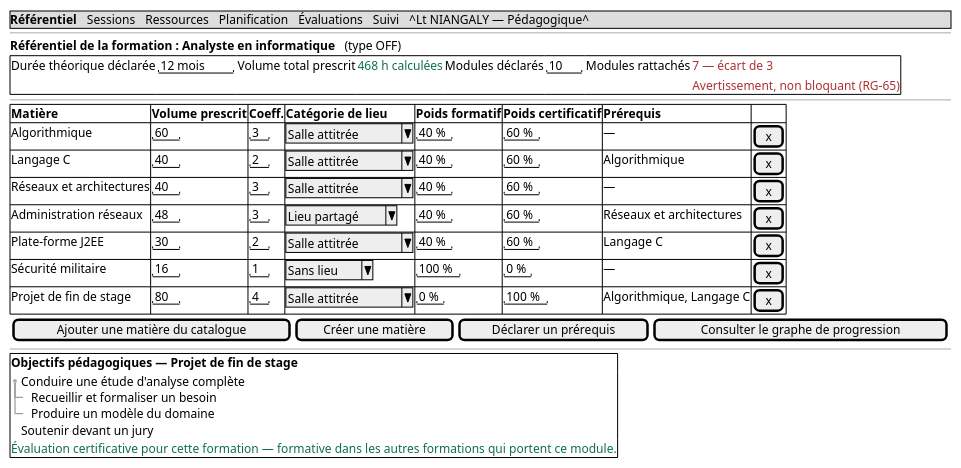
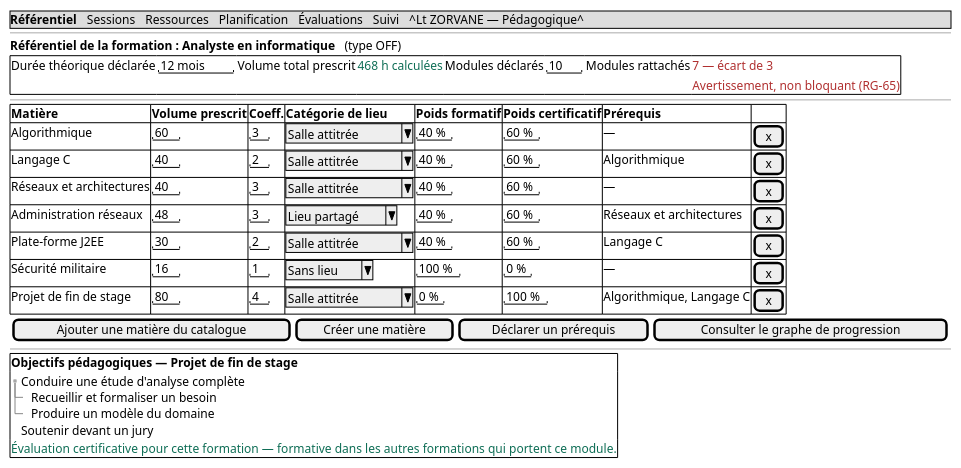
Before and after one commit to Cissemamoudou10/projet-cit: the second of 5 diagrams in docs/conception/16-maquettes.md, drawn with PlantUML. The commit also changed other lines of this file and 13 other files, not shown here.

````diff
--- a/docs/conception/16-maquettes.md
+++ b/docs/conception/16-maquettes.md
@@ -112,38 +112,38 @@
 ```plantuml
 @startsalt MAQ-02
 {
-{* <b>Référentiel</b> | Sessions | Ressources | Planification | Évaluations | Suivi | ^Lt NIANGALY — Pédagogique^ }
+{* <b>Référentiel</b> | Sessions | Ressources | Planification | Évaluations | Suivi | ^Lt ZORVANE — Pédagogique^ }
 --
 <b>Référentiel de la formation : Analyste en informatique</b>   (type OFF)
 {+
   Durée théorique déclarée | "12 mois  " | Volume total prescrit | <color:#0F6E56>468 h calculées</color> | Modules déclarés | "10  " | Modules rattachés | <color:#B03030>7 — écart de 3</color>
   .| .| .| .| .| .| .| <color:#B03030>Avertissement, non bloquant (RG-65)</color>
 }
 --
 {#
  <b>Matière</b> | <b>Volume prescrit</b> | <b>Coeff.</b> | <b>Catégorie de lieu</b> | <b>Poids formatif</b> | <b>Poids certificatif</b> | <b>Prérequis</b> | .
  Algorithmique          | "60 " | "3 " | ^Salle attitrée^  | "40 %" | "60 %" | — | [ x ]
  Langage C              | "40 " | "2 " | ^Salle attitrée^  | "40 %" | "60 %" | Algorithmique | [ x ]
  Réseaux et architectures| "40 " | "3 " | ^Salle attitrée^ | "40 %" | "60 %" | — | [ x ]
  Administration réseaux | "48 " | "3 " | ^Lieu partagé^    | "40 %" | "60 %" | Réseaux et architectures | [ x ]
  Plate-forme J2EE       | "30 " | "2 " | ^Salle attitrée^  | "40 %" | "60 %" | Langage C | [ x ]
  Sécurité militaire     | "16 " | "1 " | ^Sans lieu^       | "100 %" | "0 %" | — | [ x ]
  Projet de fin de stage | "80 " | "4 " | ^Salle attitrée^  | "0 %" | "100 %" | Algorithmique, Langage C | [ x ]
 }
 {
   [ Ajouter une matière du catalogue ] | [ Créer une matière ] | [ Déclarer un prérequis ] | [ Consulter le graphe de progression ]
 }
 --
 {+
   <b>Objectifs pédagogiques — Projet de fin de stage</b>
   {T
   + Conduire une étude d'analyse complète
   ++ Recueillir et formaliser un besoin
   ++ Produire un modèle du domaine
   + Soutenir devant un jury
   }
   <color:#0F6E56>Évaluation certificative pour cette formation — formative dans les autres formations qui portent ce module.</color>
 }
 }
 @endsalt
 ```
````
